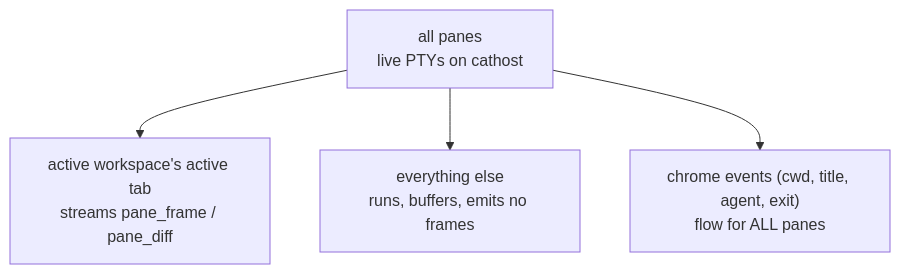
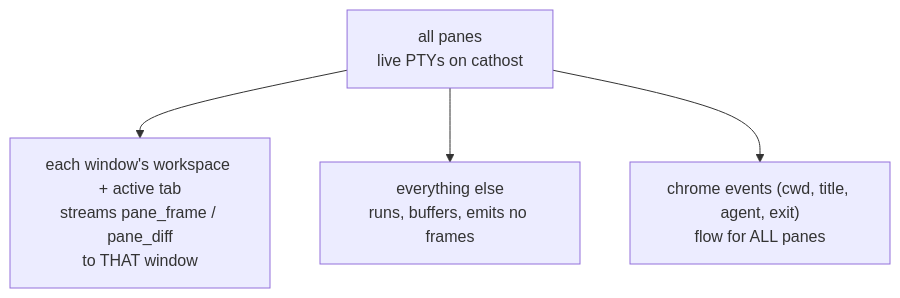
The third of 4 diagrams in docs/architecture/request-lifecycle.md (rohanthewiz/cats), drawn with Mermaid before and after one commit. The commit also changed other lines of this file and 44 other files, not shown here.

````diff
--- a/docs/architecture/request-lifecycle.md
+++ b/docs/architecture/request-lifecycle.md
@@ -107,11 +109,11 @@
 ```mermaid
 flowchart TD
   A["all panes<br/>live PTYs on cathost"]
-  B["active workspace's active tab<br/>streams pane_frame / pane_diff"]
+  B["each window's workspace + active tab<br/>streams pane_frame / pane_diff<br/>to THAT window"]
   C["everything else<br/>runs, buffers, emits no frames"]
   D["chrome events (cwd, title, agent, exit)<br/>flow for ALL panes"]
 
   A --> B
   A --> C
   A --> D
 ```
````
